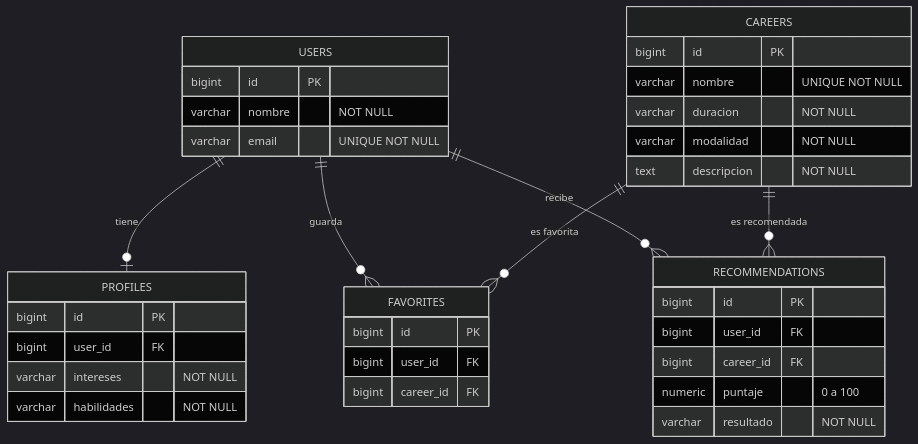
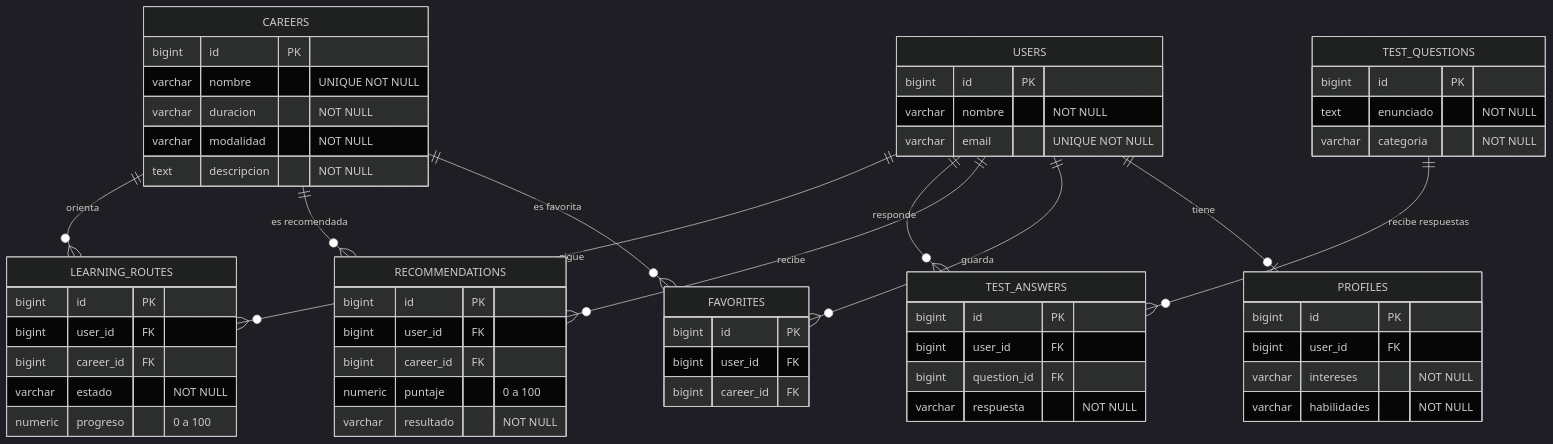
Before and after one commit to Vall19-git/Career-Path-IA-backend: the diagram in docs/modelo-relacional-tp9.md, drawn with Mermaid (dark theme). The commit also changed other lines of this file and 36 other files, not shown here.

````diff
--- a/docs/modelo-relacional-tp9.md
+++ b/docs/modelo-relacional-tp9.md
@@ -7,39 +9,68 @@
 ```mermaid
 erDiagram
     USERS ||--o| PROFILES : "tiene"
     USERS ||--o{ FAVORITES : "guarda"
     CAREERS ||--o{ FAVORITES : "es favorita"
     USERS ||--o{ RECOMMENDATIONS : "recibe"
     CAREERS ||--o{ RECOMMENDATIONS : "es recomendada"
+    USERS ||--o{ TEST_ANSWERS : "responde"
+    TEST_QUESTIONS ||--o{ TEST_ANSWERS : "recibe respuestas"
+    USERS ||--o{ LEARNING_ROUTES : "sigue"
+    CAREERS ||--o{ LEARNING_ROUTES : "orienta"
 
     USERS {
       bigint id PK
       varchar nombre "NOT NULL"
       varchar email "UNIQUE NOT NULL"
     }
+
     PROFILES {
       bigint id PK
       bigint user_id FK
       varchar intereses "NOT NULL"
       varchar habilidades "NOT NULL"
     }
+
     CAREERS {
       bigint id PK
       varchar nombre "UNIQUE NOT NULL"
       varchar duracion "NOT NULL"
       varchar modalidad "NOT NULL"
       text descripcion "NOT NULL"
     }
+
     FAVORITES {
       bigint id PK
       bigint user_id FK
       bigint career_id FK
     }
+
     RECOMMENDATIONS {
       bigint id PK
       bigint user_id FK
       bigint career_id FK
       numeric puntaje "0 a 100"
       varchar resultado "NOT NULL"
     }
+
+    TEST_QUESTIONS {
+      bigint id PK
+      text enunciado "NOT NULL"
+      varchar categoria "NOT NULL"
+    }
+
+    TEST_ANSWERS {
+      bigint id PK
+      bigint user_id FK
+      bigint question_id FK
+      varchar respuesta "NOT NULL"
+    }
+
+    LEARNING_ROUTES {
+      bigint id PK
+      bigint user_id FK
+      bigint career_id FK
+      varchar estado "NOT NULL"
+      numeric progreso "0 a 100"
+    }
 ```
````
